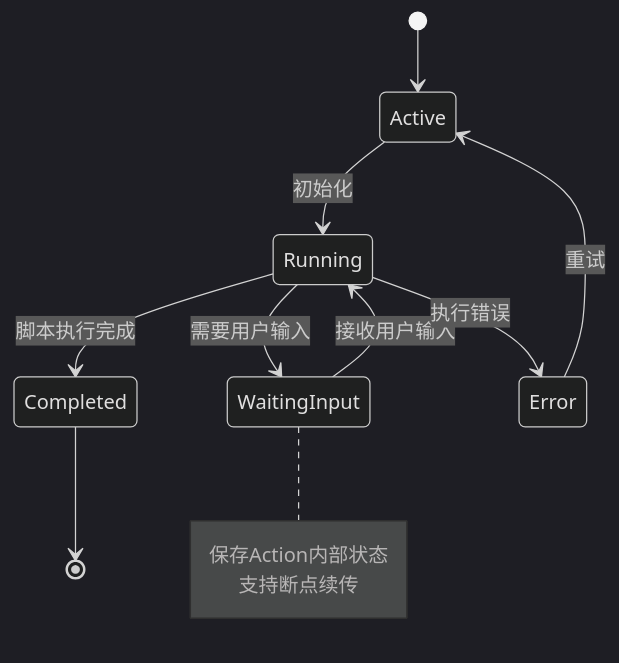
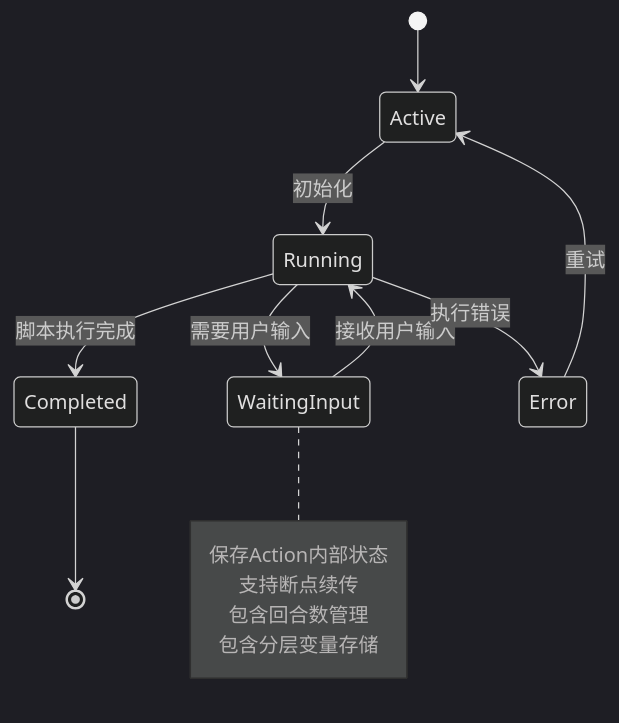
One commit to EverettCamus/HeartRule-Qoder changed the eighth of 9 diagrams in .qoder/repowiki/zh/content/API接口文档/会话管理API.md. Above: the diagram before and after it, drawn with Mermaid (dark theme). The commit also changed other lines of this file and 31 other files, not shown here.

````diff
--- a/.qoder/repowiki/zh/content/API接口文档/会话管理API.md
+++ b/.qoder/repowiki/zh/content/API接口文档/会话管理API.md
@@ -548,15 +627,17 @@
 ```mermaid
 stateDiagram-v2
 [*] --> Active
 Active --> Running : 初始化
 Running --> WaitingInput : 需要用户输入
 WaitingInput --> Running : 接收用户输入
 Running --> Completed : 脚本执行完成
 Running --> Error : 执行错误
 Error --> Active : 重试
 Completed --> [*]
 note right of WaitingInput
 保存Action内部状态
 支持断点续传
+包含回合数管理
+包含分层变量存储
 end note
 ```
````
